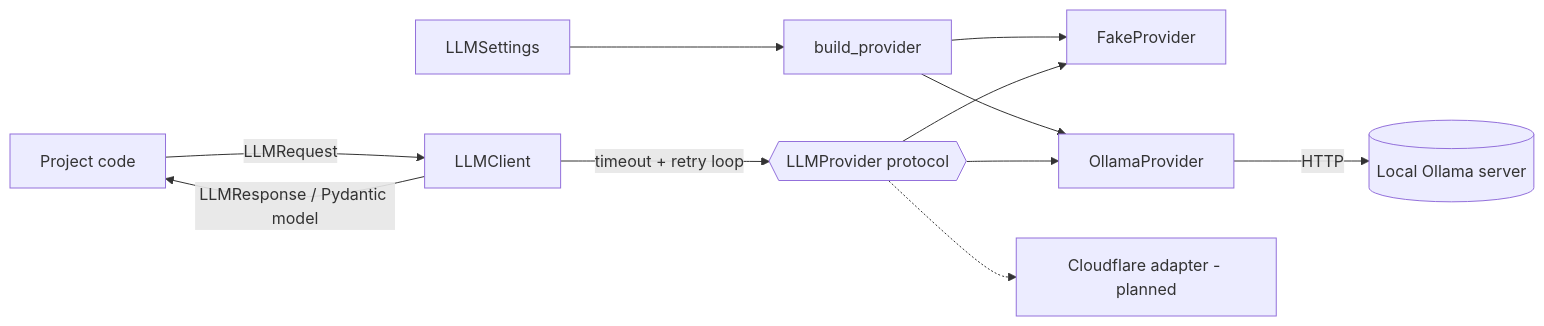
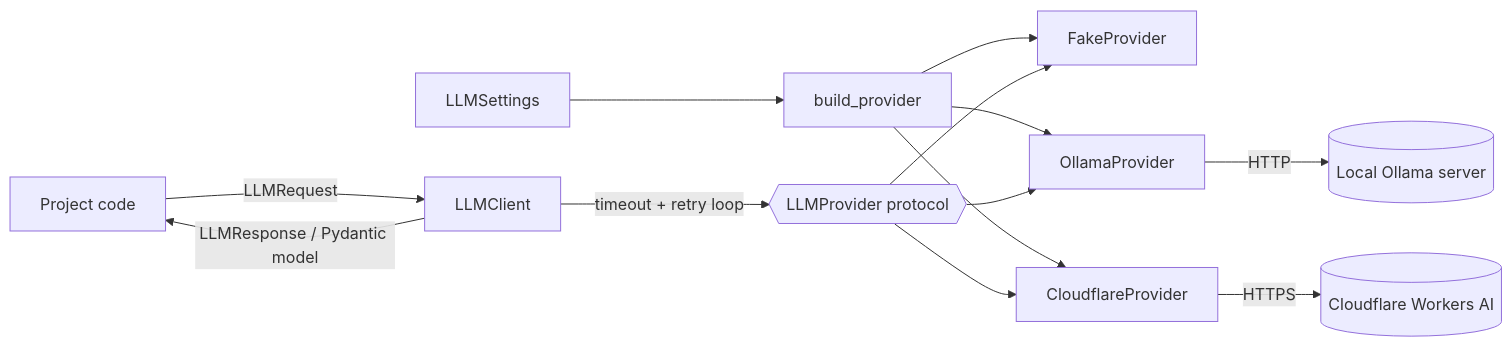
One commit to jayvyas133/genai-portfolio changed the diagram in packages/aicore/README.md. Above: the diagram before and after it, drawn with Mermaid. The commit also changed other lines of this file and 10 other files, not shown here.

Commit message:
feat(aicore): integrated Cloudflare Workers AI along with test cases and docs

````diff
--- a/packages/aicore/README.md
+++ b/packages/aicore/README.md
@@ -30,13 +31,15 @@
 ```mermaid
 flowchart LR
     S[LLMSettings] --> B[build_provider]
     B --> F[FakeProvider]
     B --> O[OllamaProvider]
     P[Project code] -->|LLMRequest| C[LLMClient]
     C -->|timeout + retry loop| I{{LLMProvider protocol}}
     I --> F
     I --> O
-    I -.-> W[Cloudflare adapter - planned]
+    B --> CF[CloudflareProvider]
+    I --> CF
+    CF -->|HTTPS| WA[(Cloudflare Workers AI)]
     O -->|HTTP| L[(Local Ollama server)]
     C -->|LLMResponse / Pydantic model| P
 ```
````
